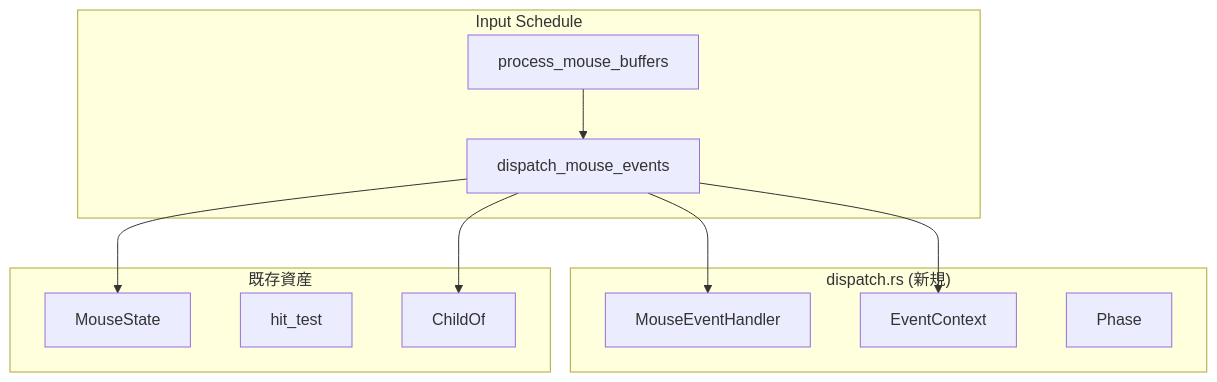
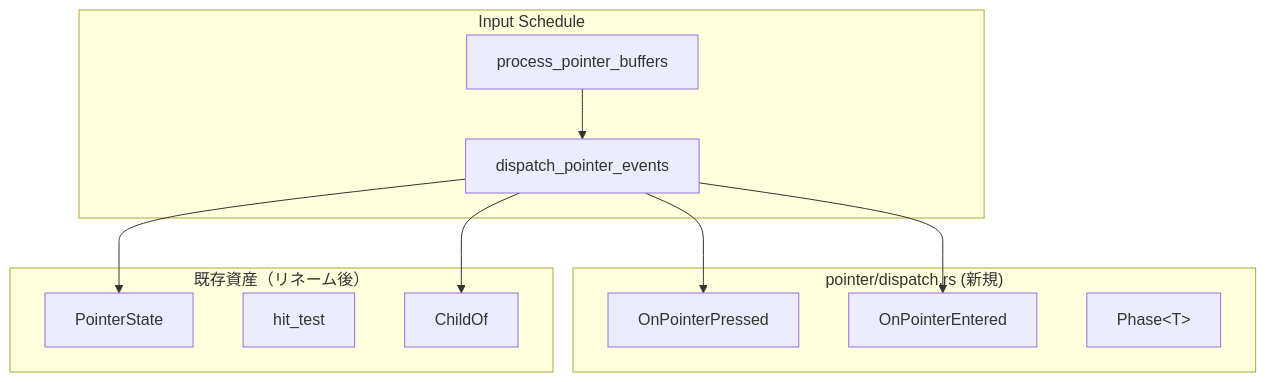
The first of 3 diagrams in .kiro/specs/event-dispatch/design.md (ekicyou/dcomp_sample-rs), drawn with Mermaid before and after one commit. The commit also changed other lines of this file and 10 other files, not shown here.

First line of the commit message:
docs(spec): event-dispatch 設計承認

````diff
--- a/.kiro/specs/event-dispatch/design.md
+++ b/.kiro/specs/event-dispatch/design.md
@@ -55,25 +70,25 @@
 ```mermaid
 graph TB
     subgraph Input["Input Schedule"]
-        PMB[process_mouse_buffers]
-        DME[dispatch_mouse_events]
-        PMB --> DME
+        PPB[process_pointer_buffers]
+        DPE[dispatch_pointer_events]
+        PPB --> DPE
     end
     
-    subgraph Dispatch["dispatch.rs (新規)"]
-        MEH[MouseEventHandler]
-        EC[EventContext]
-        Phase[Phase]
+    subgraph Dispatch["pointer/dispatch.rs (新規)"]
+        OPP[OnPointerPressed]
+        OPE[OnPointerEntered]
+        Phase[Phase&lt;T&gt;]
     end
     
-    subgraph Existing["既存資産"]
-        MS[MouseState]
+    subgraph Existing["既存資産（リネーム後）"]
+        PS[PointerState]
         HT[hit_test]
         CO[ChildOf]
     end
     
-    DME --> MEH
-    DME --> EC
-    DME --> MS
-    DME --> CO
+    DPE --> OPP
+    DPE --> OPE
+    DPE --> PS
+    DPE --> CO
 ```
````
